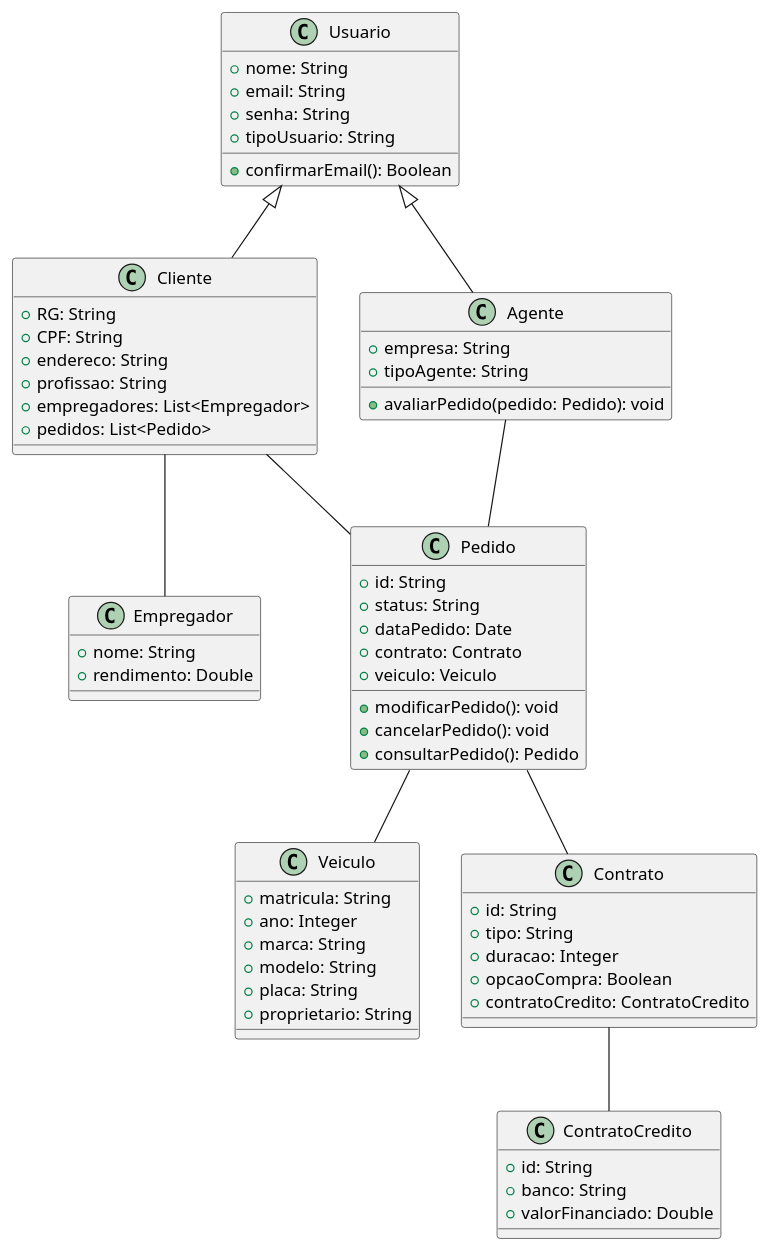
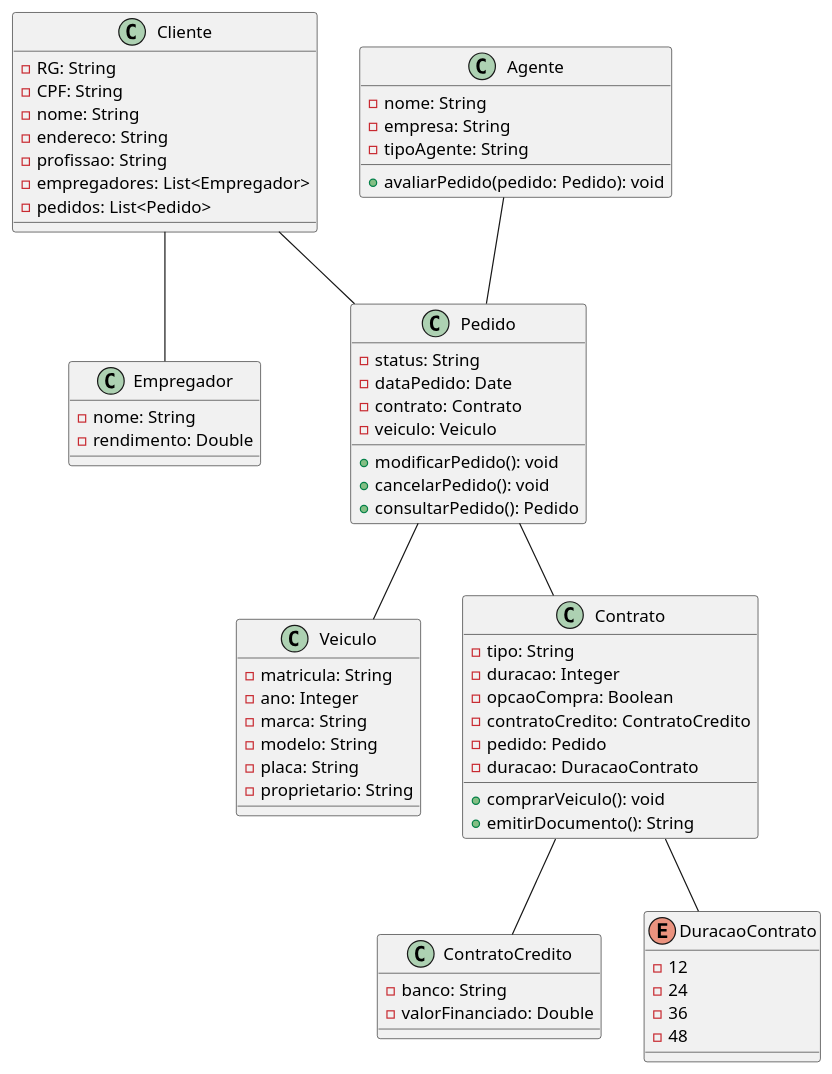
One commit to lucasxae/RentCarSystem changed the diagram in Projeto/Diagrama de Classes/diagramaDeClasses.puml. Above: the diagram before and after it, drawn with PlantUML. The commit also changed 1 other file, not shown here.

Commit message:
Feat: Alteração diagrama de classes

```diff
--- a/Projeto/Diagrama de Classes/diagramaDeClasses.puml
+++ b/Projeto/Diagrama de Classes/diagramaDeClasses.puml
@@ -1,72 +1,74 @@
 @startuml
-class Usuario {
-  +nome: String
-  +email: String
-  +senha: String
-  +tipoUsuario: String
-  +confirmarEmail(): Boolean
-}
 
 class Cliente {
-  +RG: String
-  +CPF: String
-  +endereco: String
-  +profissao: String
-  +empregadores: List<Empregador>
-  +pedidos: List<Pedido>
+  -RG: String
+  -CPF: String
+  -nome: String
+  -endereco: String
+  -profissao: String
+  -empregadores: List<Empregador>
+  -pedidos: List<Pedido>
 }
 
 class Agente {
-  +empresa: String
-  +tipoAgente: String
+  -nome: String
+  -empresa: String
+  -tipoAgente: String
   +avaliarPedido(pedido: Pedido): void
 }
 
 class Empregador {
-  +nome: String
-  +rendimento: Double
+  -nome: String
+  -rendimento: Double
 }
 
 class Pedido {
-  +id: String
-  +status: String
-  +dataPedido: Date
-  +contrato: Contrato
-  +veiculo: Veiculo
+  -status: String
+  -dataPedido: Date
+  -contrato: Contrato
+  -veiculo: Veiculo
   +modificarPedido(): void
   +cancelarPedido(): void
   +consultarPedido(): Pedido
 }
 
 class Veiculo {
-  +matricula: String
-  +ano: Integer
-  +marca: String
-  +modelo: String
-  +placa: String
-  +proprietario: String
+  -matricula: String
+  -ano: Integer
+  -marca: String
+  -modelo: String
+  -placa: String
+  -proprietario: String
 }
 
 class Contrato {
-  +id: String
-  +tipo: String
-  +duracao: Integer
-  +opcaoCompra: Boolean
-  +contratoCredito: ContratoCredito
+  -tipo: String
+  -duracao: Integer
+  -opcaoCompra: Boolean
+  -contratoCredito: ContratoCredito
+  - pedido: Pedido
+  - duracao: DuracaoContrato
+  +comprarVeiculo(): void
+  +emitirDocumento(): String
 }
 
 class ContratoCredito {
-  +id: String
-  +banco: String
-  +valorFinanciado: Double
+  -banco: String
+  -valorFinanciado: Double
 }
 
-Usuario <|-- Cliente
-Usuario <|-- Agente
+enum DuracaoContrato {
+    - 12
+    - 24
+    - 36
+    - 48
+}
+
+Contrato -- DuracaoContrato
 Cliente --  Pedido
 Agente  -- Pedido
 Pedido -- Veiculo
 Pedido -- Contrato
 Contrato -- ContratoCredito
 Cliente -- Empregador
 @enduml
```
